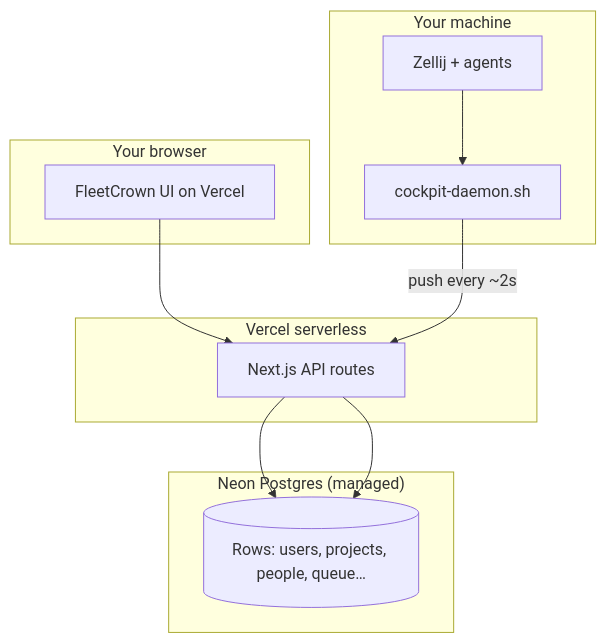
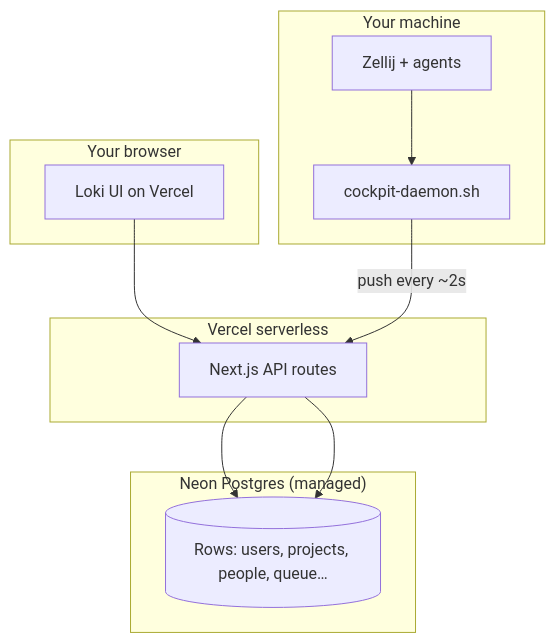
One commit to bitbaum/fleetcrown changed the diagram in content/thoughts/the-database-kill-switch-neon-oracle-and-the-studio-stack.md. Above: the diagram before and after it, drawn with Mermaid. The commit also changed other lines of this file and 638 other files, not shown here.

First line of the commit message:
refactor: rename the product from FleetCrown to Loki

````diff
--- a/content/thoughts/the-database-kill-switch-neon-oracle-and-the-studio-stack.md
+++ b/content/thoughts/the-database-kill-switch-neon-oracle-and-the-studio-stack.md
@@ -34,25 +34,25 @@
 ```mermaid
 flowchart TB
     subgraph browser["Your browser"]
-        UI[FleetCrown UI on Vercel]
+        UI[Loki UI on Vercel]
     end
 
     subgraph vercel["Vercel serverless"]
         API[Next.js API routes]
     end
 
     subgraph neon["Neon Postgres (managed)"]
         DB[(Rows: users, projects, people, queue…)]
     end
 
     subgraph laptop["Your machine"]
         Daemon[cockpit-daemon.sh]
         Zellij[Zellij + agents]
     end
 
     UI --> API
     API --> DB
     Daemon -->|push every ~2s| API
     API --> DB
     Zellij --> Daemon
 ```
````
